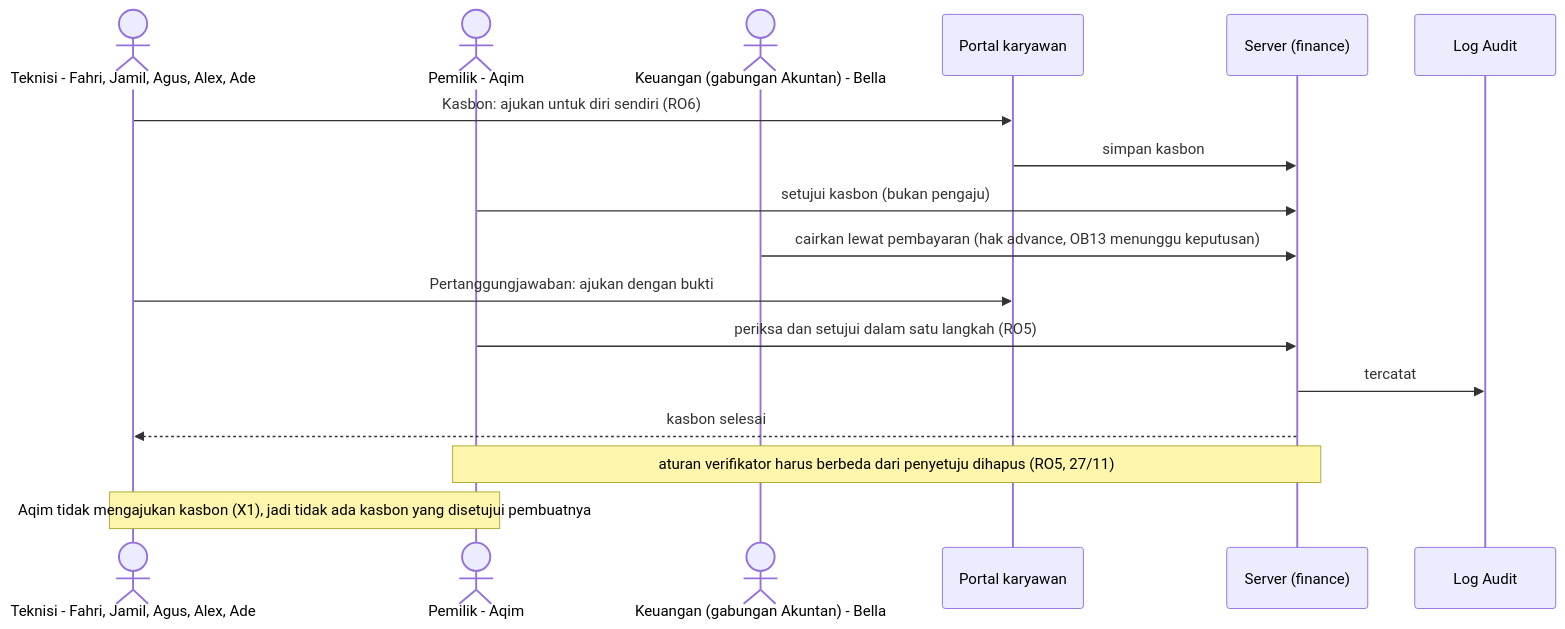
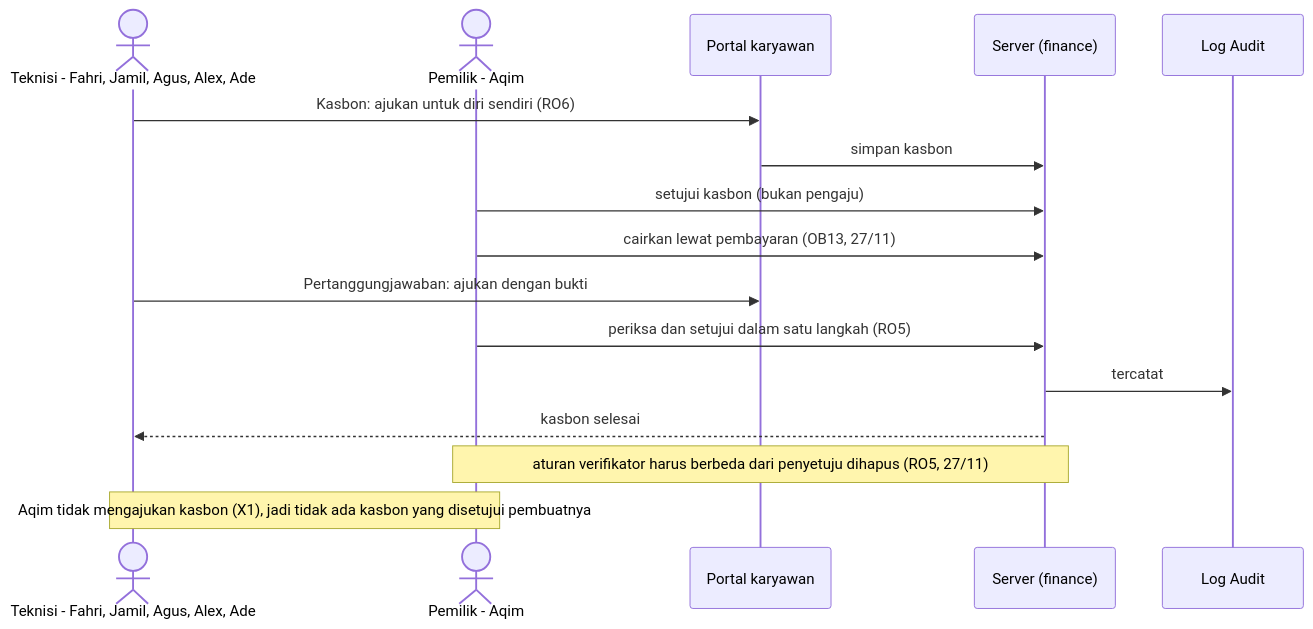
Diagram 18 of 22 in docs/adjustment/diagram-alur/sekarang-vs-sesudah.md (okifirsyah404/ims-erp), drawn with Mermaid before and after one commit. The commit also changed other lines of this file and 27 other files, not shown here.

````diff
--- a/docs/adjustment/diagram-alur/sekarang-vs-sesudah.md
+++ b/docs/adjustment/diagram-alur/sekarang-vs-sesudah.md
@@ -738,20 +738,19 @@
 ```mermaid
 sequenceDiagram
     actor T as Teknisi - Fahri, Jamil, Agus, Alex, Ade
     actor W as Pemilik - Aqim
-    actor B as Keuangan (gabungan Akuntan) - Bella
     participant EP as Portal karyawan
     participant FN as Server (finance)
     participant AU as Log Audit
 
     T->>EP: Kasbon: ajukan untuk diri sendiri (RO6)
     EP->>FN: simpan kasbon
     W->>FN: setujui kasbon (bukan pengaju)
-    B->>FN: cairkan lewat pembayaran (hak advance, OB13 menunggu keputusan)
+    W->>FN: cairkan lewat pembayaran (OB13, 27/11)
     T->>EP: Pertanggungjawaban: ajukan dengan bukti
     W->>FN: periksa dan setujui dalam satu langkah (RO5)
     FN->>AU: tercatat
     FN-->>T: kasbon selesai
     Note over W,FN: aturan verifikator harus berbeda dari penyetuju dihapus (RO5, 27/11)
     Note over T,W: Aqim tidak mengajukan kasbon (X1), jadi tidak ada kasbon yang disetujui pembuatnya
 ```
````
